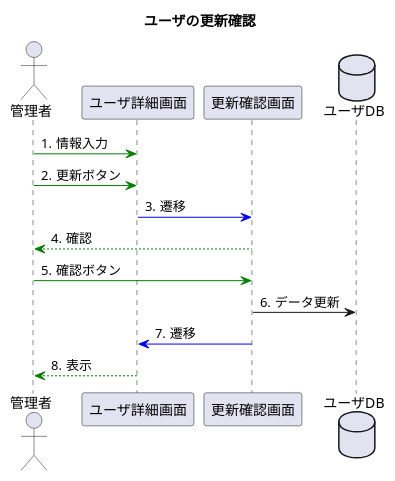
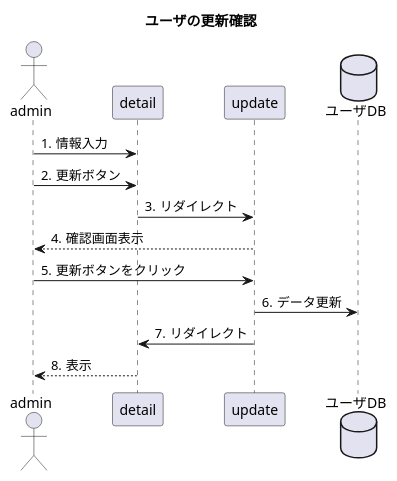
Before and after one commit to toufu66/ProjectC: the diagram in uml_detail/seq_update.pu, drawn with PlantUML. The commit also changed 1 other file, not shown here.

Commit message:
シーケンス図

```diff
--- a/uml_detail/seq_update.pu
+++ b/uml_detail/seq_update.pu
@@ -1,20 +1,20 @@
 @startuml
 title ユーザの更新確認
 
 autonumber "#."
 
-actor 管理者
-participant ユーザ詳細画面
-participant 更新確認画面
+actor admin
+participant detail
+participant update
 database ユーザDB
 
 
-管理者 -[#green]> ユーザ詳細画面:情報入力
-管理者 -[#green]> ユーザ詳細画面:更新ボタン
-ユーザ詳細画面 -[#blue]> 更新確認画面:遷移
-更新確認画面 --[#green]> 管理者:確認
-管理者 -[#green]>更新確認画面:確認ボタン
-更新確認画面 -> ユーザDB:データ更新
-更新確認画面 -[#blue]> ユーザ詳細画面:遷移
-ユーザ詳細画面 --[#green]> 管理者:表示
+admin -> detail:情報入力
+admin -> detail:更新ボタン
+detail -> update:リダイレクト
+update --> admin:確認画面表示
+admin ->update:更新ボタンをクリック
+update -> ユーザDB:データ更新
+update -> detail:リダイレクト
+detail --> admin:表示
 @enduml
```
